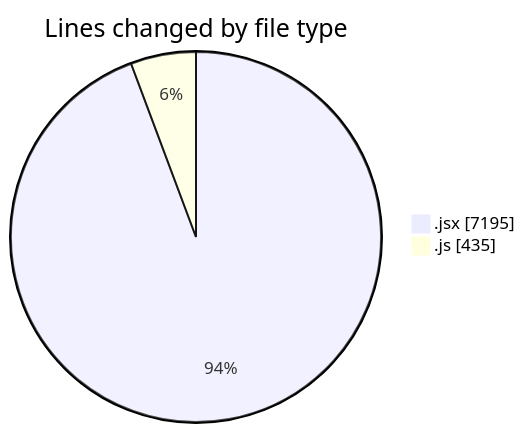
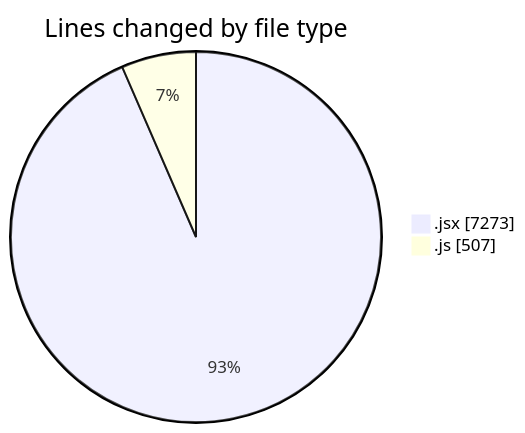
The first of 2 diagrams in 2025-12-11/nxtqube_webapp/README.md (nxtqubesakshisongat/code-tracking), drawn with Mermaid before and after one commit. The commit also changed other lines of this file and 1 other file, not shown here.

````diff
--- a/2025-12-11/nxtqube_webapp/README.md
+++ b/2025-12-11/nxtqube_webapp/README.md
@@ -31,6 +31,6 @@
 ```mermaid
 pie showData
 title Lines changed by file type
-".jsx" : 7195
-".js" : 435
+".jsx" : 7273
+".js" : 507
 ```
````
